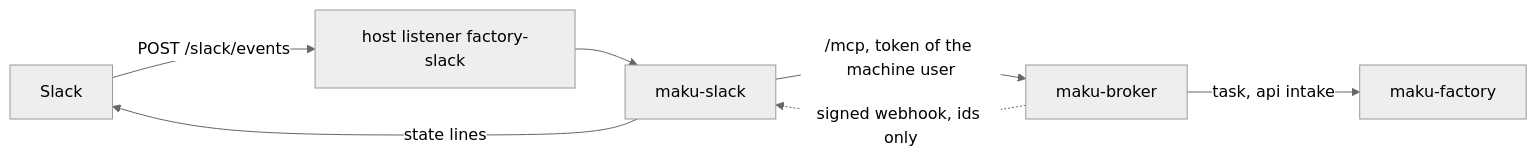
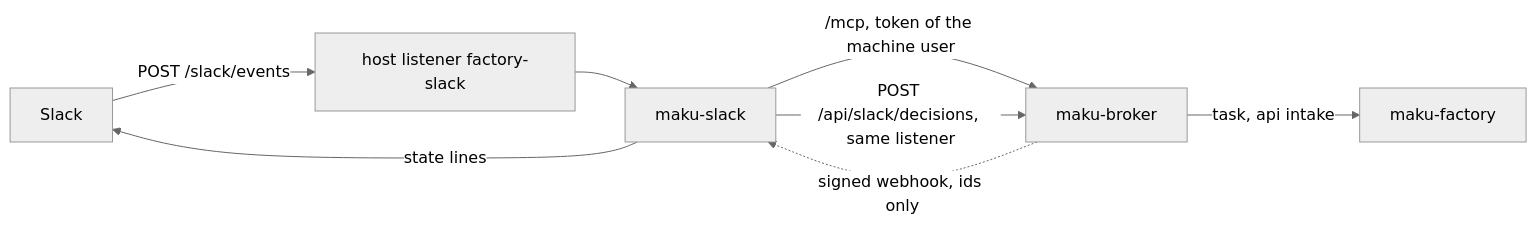
One commit to Smana/ai-native-ref changed the diagram in docs/runbooks/agent-factory/18-factory-interfaces.md. Above: the diagram before and after it, drawn with Mermaid (neutral theme). The commit also changed other lines of this file and 9 other files, not shown here.

````diff
--- a/docs/runbooks/agent-factory/18-factory-interfaces.md
+++ b/docs/runbooks/agent-factory/18-factory-interfaces.md
@@ -14,9 +14,10 @@
 ```mermaid
 flowchart LR
   S[Slack] -->|"POST /slack/events"| L["host listener factory-slack"]
   L --> A[maku-slack]
   A -->|"/mcp, token of the machine user"| B[maku-broker]
+  A -->|"POST /api/slack/decisions, same listener"| B
   B -->|"task, api intake"| F[maku-factory]
   B -.->|"signed webhook, ids only"| A
   A -->|"state lines"| S
 ```
````
